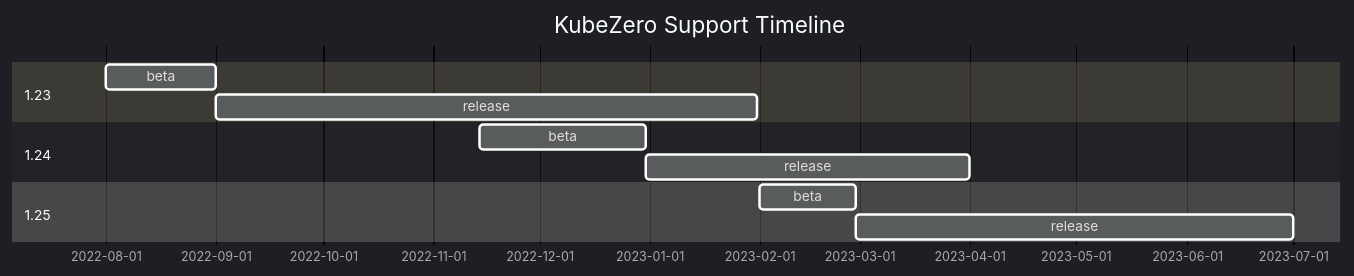
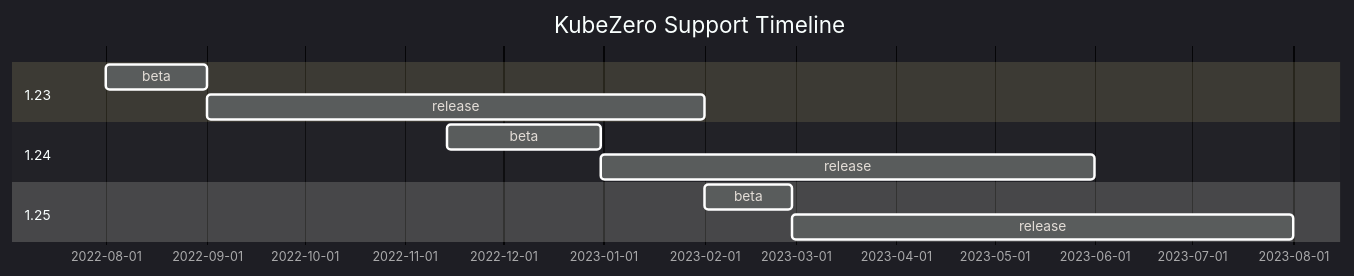
Before and after one commit to Zero-Down-Time/kubezero: the diagram in README.md, drawn with Mermaid. The commit also changed other lines of this file, not shown here.

Commit message:
chore: Update roadmap

````diff
--- a/README.md
+++ b/README.md
@@ -26,15 +26,15 @@
 ```mermaid
 %%{init: {'theme':'dark'}}%%
 gantt
     title KubeZero Support Timeline
     dateFormat  YYYY-MM-DD
     section 1.23
     beta     :123b, 2022-08-01, 2022-09-01
-    release  :after 123b, 2023-01-31
+    release  :after 123b, 2023-02-01
     section 1.24
     beta     :124b, 2022-11-14, 2022-12-31
-    release  :after 124b, 2023-04-01
+    release  :after 124b, 2023-06-01
     section 1.25
     beta     :125b, 2023-02-01, 2023-02-28
-    release  :after 125b, 2023-07-01
+    release  :after 125b, 2023-08-01
 ```
````
